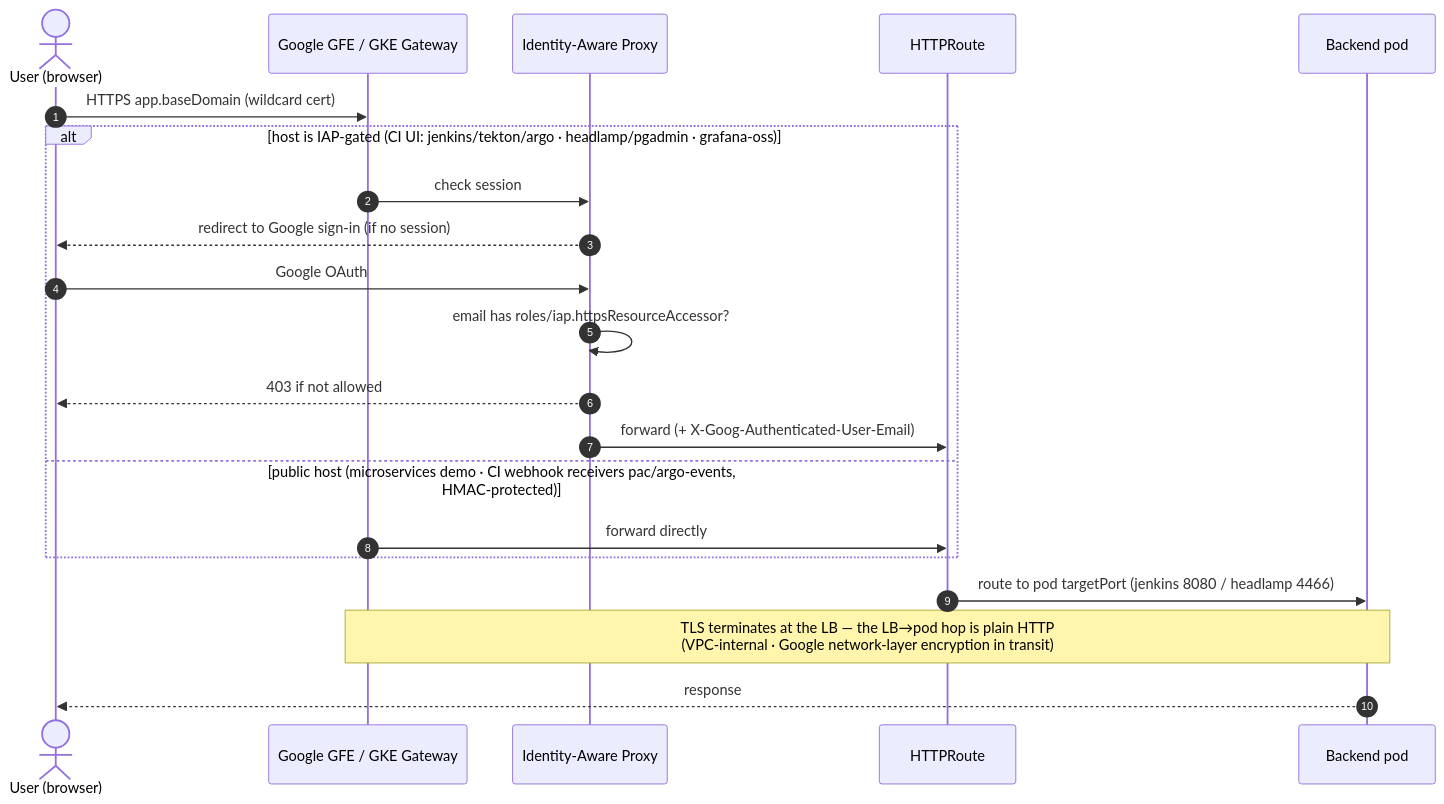
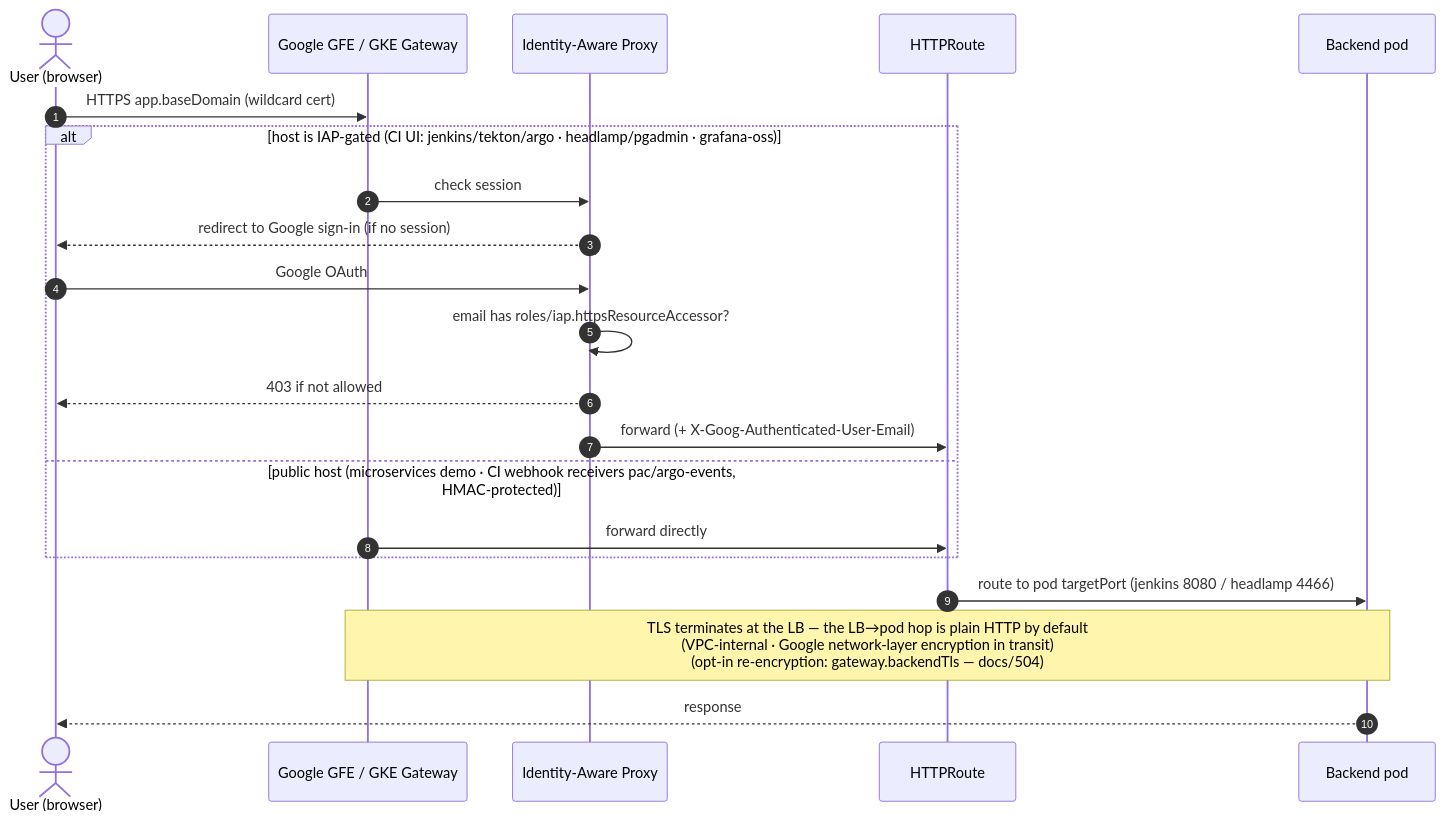
One commit to nubenetes/jenkins-2026 changed the tenth of 12 diagrams in docs/501-PLATFORM_OPERATIONS.md. Above: the diagram before and after it, drawn with Mermaid. The commit also changed other lines of this file and 21 other files, not shown here.

First line of the commit message:
feat(gateway): opt-in backend TLS — LB→pod re-encryption via cert-manager + BackendTLSPolicy (stage 1: Headlamp) (#554)

````diff
--- a/docs/501-PLATFORM_OPERATIONS.md
+++ b/docs/501-PLATFORM_OPERATIONS.md
@@ -830,24 +832,24 @@
 ```mermaid
 sequenceDiagram
   autonumber
   actor U as User (browser)
   participant GFE as Google GFE / GKE Gateway
   participant IAP as Identity-Aware Proxy
   participant HR as HTTPRoute
   participant Pod as Backend pod
 
   U->>GFE: HTTPS app.baseDomain (wildcard cert)
   alt host is IAP-gated (CI UI: jenkins/tekton/argo · headlamp/pgadmin · grafana-oss)
     GFE->>IAP: check session
     IAP-->>U: redirect to Google sign-in (if no session)
     U->>IAP: Google OAuth
     IAP->>IAP: email has roles/iap.httpsResourceAccessor?
     IAP-->>U: 403 if not allowed
     IAP->>HR: forward (+ X-Goog-Authenticated-User-Email)
   else public host (microservices demo · CI webhook receivers pac/argo-events, HMAC-protected)
     GFE->>HR: forward directly
   end
   HR->>Pod: route to pod targetPort (jenkins 8080 / headlamp 4466)
-  Note over GFE,Pod: TLS terminates at the LB — the LB→pod hop is plain HTTP<br/>(VPC-internal · Google network-layer encryption in transit)
+  Note over GFE,Pod: TLS terminates at the LB — the LB→pod hop is plain HTTP by default<br/>(VPC-internal · Google network-layer encryption in transit)<br/>(opt-in re-encryption: gateway.backendTls — docs/504)
   Pod-->>U: response
 ```
````
